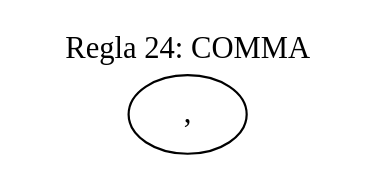
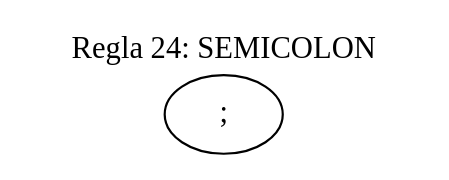
The diagram in output/ast_regla_24.dot (Isabella1911/Compis), drawn with Graphviz before and after one commit. The commit also changed 28 other files, not shown here.

```diff
--- a/output/ast_regla_24.dot
+++ b/output/ast_regla_24.dot
@@ -1,8 +1,8 @@
 digraph AST {
   rankdir=TB;
   ranksep=0.8;
   labelloc=t;
-  label="Regla 24: COMMA";
+  label="Regla 24: SEMICOLON";
   fontsize=14;
-  0 [label=","];
+  0 [label=";"];
 }
```
